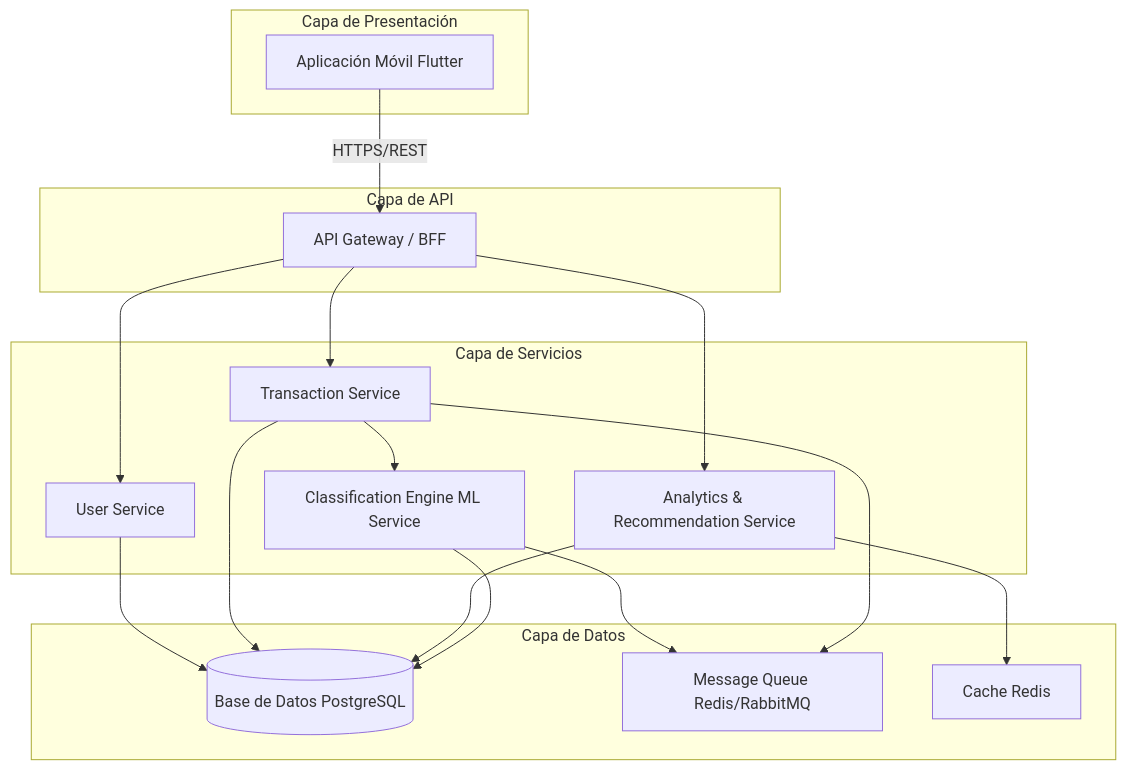
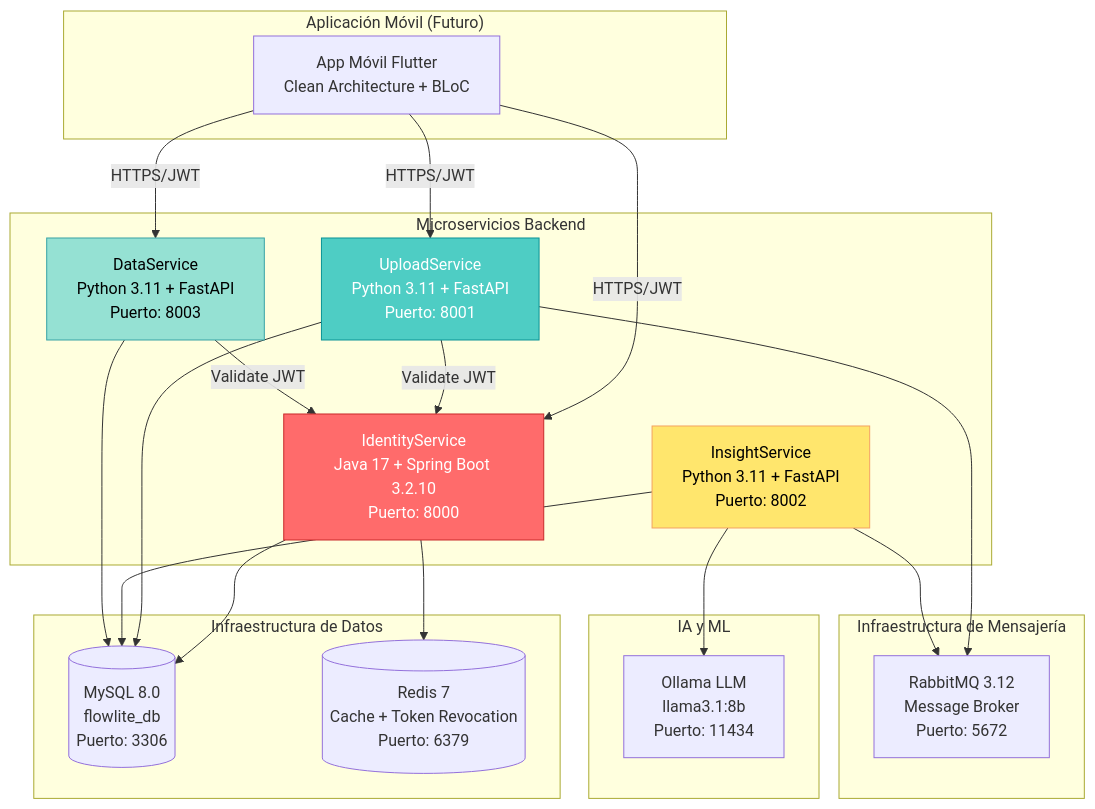
Before and after one commit to Pliperkiller/Flowlite-Personal-Finance: the first of 4 diagrams in ADD/ADD_iter1.md, drawn with Mermaid. The commit also changed other lines of this file and 6 other files, not shown here.

````diff
--- a/ADD/ADD_iter1.md
+++ b/ADD/ADD_iter1.md
@@ -134,36 +314,47 @@
 ```mermaid
 graph TB
-    subgraph "Capa de Presentación"
-        Mobile[Aplicación Móvil Flutter]
+    subgraph "Aplicación Móvil (Futuro)"
+        Mobile[App Móvil Flutter<br/>Clean Architecture + BLoC]
     end
-    
-    subgraph "Capa de API"
-        Gateway[API Gateway / BFF]
+
+    subgraph "Microservicios Backend"
+        IS[IdentityService<br/>Java 17 + Spring Boot 3.2.10<br/>Puerto: 8000]
+        US[UploadService<br/>Python 3.11 + FastAPI<br/>Puerto: 8001]
+        InsS[InsightService<br/>Python 3.11 + FastAPI<br/>Puerto: 8002]
+        DS[DataService<br/>Python 3.11 + FastAPI<br/>Puerto: 8003]
     end
-    
-    subgraph "Capa de Servicios"
-        UserSvc[User Service]
-        TransSvc[Transaction Service]
-        AnalyticsSvc[Analytics & Recommendation Service]
-        MLSvc[Classification Engine ML Service]
+
+    subgraph "Infraestructura de Datos"
+        DB[(MySQL 8.0<br/>flowlite_db<br/>Puerto: 3306)]
+        Redis[(Redis 7<br/>Cache + Token Revocation<br/>Puerto: 6379)]
     end
-    
-    subgraph "Capa de Datos"
-        DB[(Base de Datos PostgreSQL)]
-        Queue[Message Queue Redis/RabbitMQ]
-        Cache[Cache Redis]
+
+    subgraph "Infraestructura de Mensajería"
+        MQ[RabbitMQ 3.12<br/>Message Broker<br/>Puerto: 5672]
     end
-    
-    Mobile -->|HTTPS/REST| Gateway
-    Gateway --> UserSvc
-    Gateway --> TransSvc
-    Gateway --> AnalyticsSvc
-    TransSvc --> MLSvc
-    MLSvc --> Queue
-    UserSvc --> DB
-    TransSvc --> DB
-    AnalyticsSvc --> DB
-    MLSvc --> DB
-    AnalyticsSvc --> Cache
-    TransSvc --> Queue
+
+    subgraph "IA y ML"
+        Ollama[Ollama LLM<br/>llama3.1:8b<br/>Puerto: 11434]
+    end
+
+    Mobile -->|HTTPS/JWT| IS
+    Mobile -->|HTTPS/JWT| US
+    Mobile -->|HTTPS/JWT| DS
+
+    US -->|Validate JWT| IS
+    DS -->|Validate JWT| IS
+
+    IS --> DB
+    IS --> Redis
+    US --> DB
+    US --> MQ
+    InsS --> DB
+    InsS --> MQ
+    InsS --> Ollama
+    DS --> DB
+
+    style IS fill:#FF6B6B,stroke:#C92A2A,color:#fff
+    style US fill:#4ECDC4,stroke:#0A9396,color:#fff
+    style InsS fill:#FFE66D,stroke:#F4A261,color:#000
+    style DS fill:#95E1D3,stroke:#38A3A5,color:#000
 ```
````
